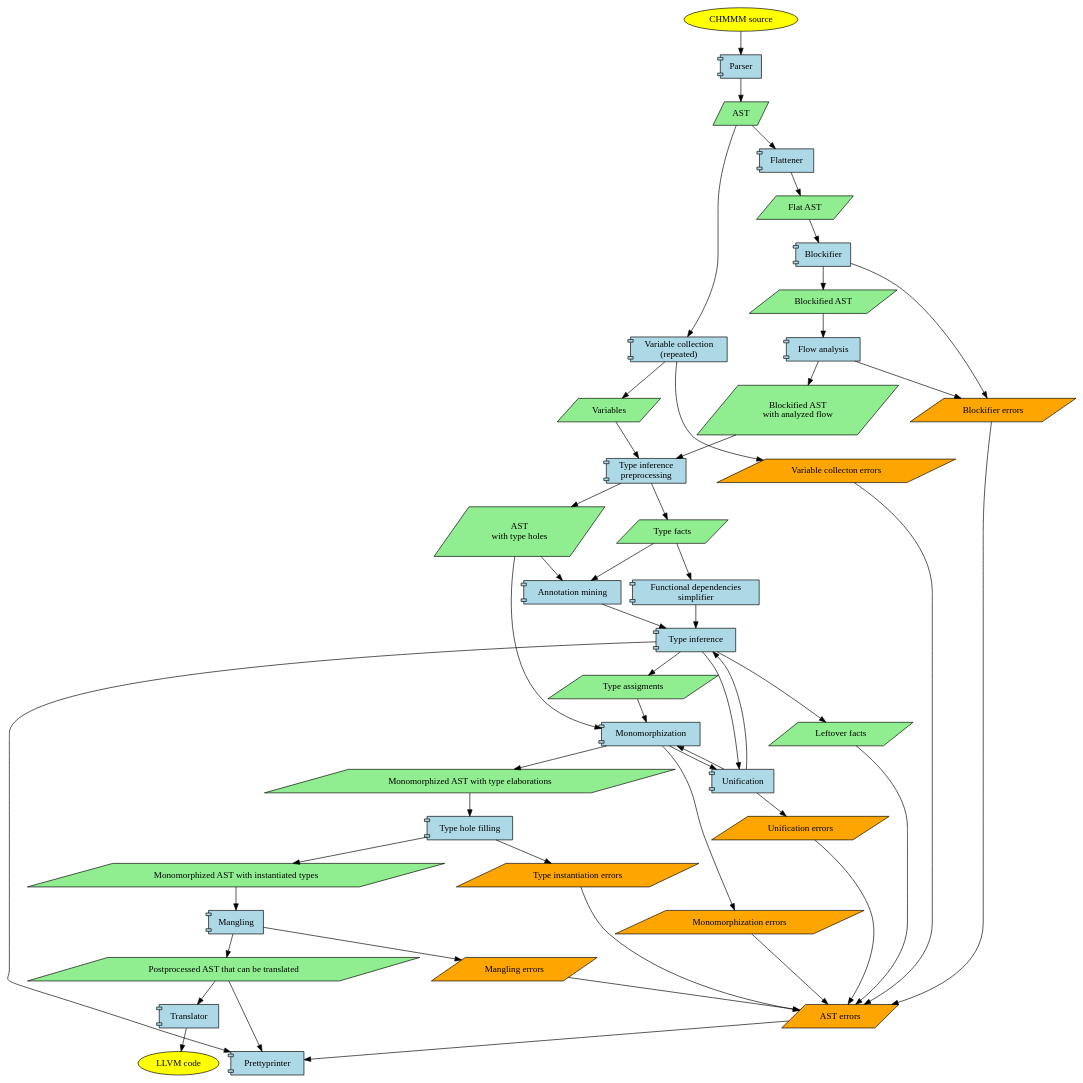
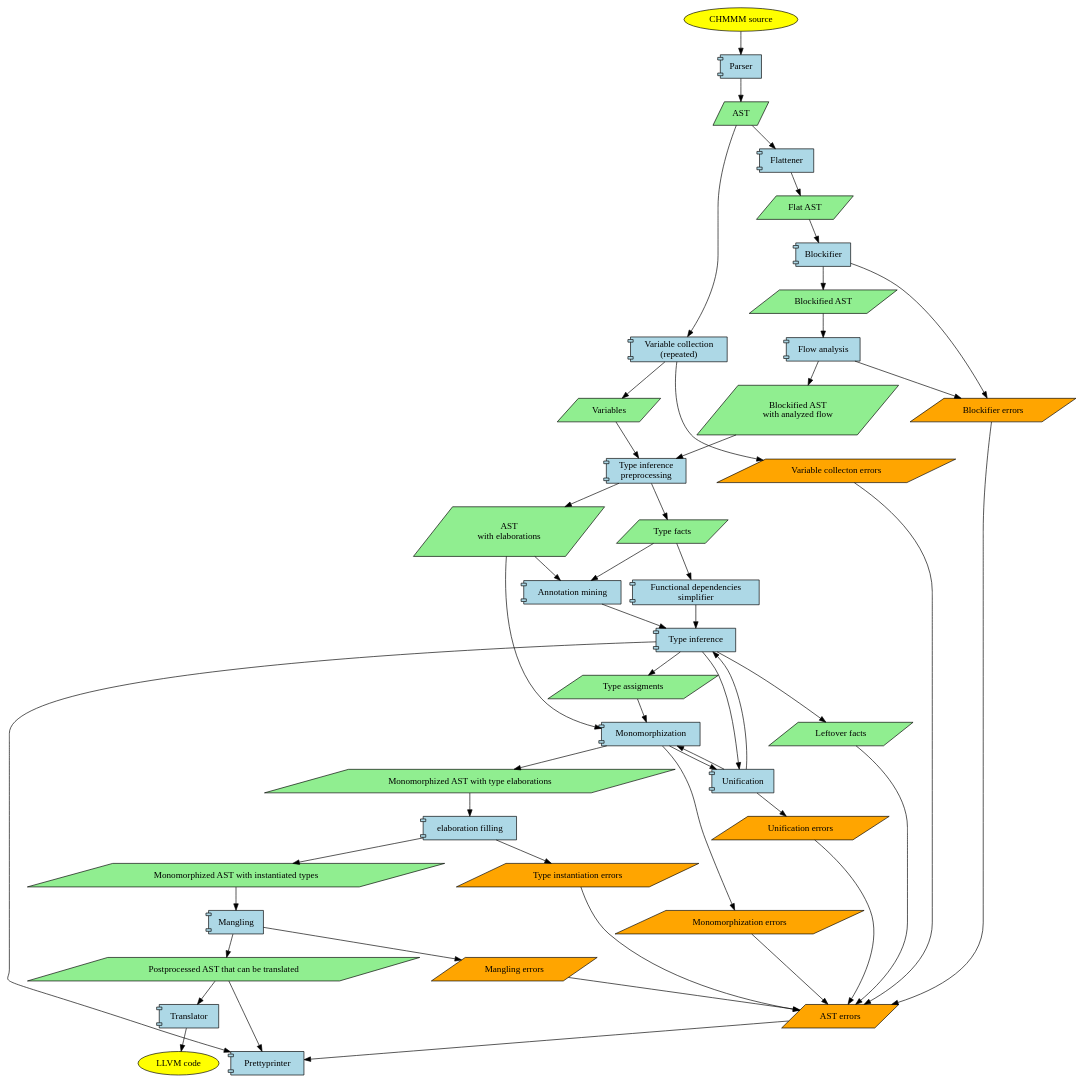
The diagram in dots/arch.dot (jiriklepl/masters-thesis-text), drawn with Graphviz before and after one commit. The commit also changed 3 other files, not shown here.

Commit message:
everything up to type inference

```diff
--- a/dots/arch.dot
+++ b/dots/arch.dot
@@ -1,99 +1,99 @@
 digraph {
     node [style="filled"]
 
     subgraph terminals {
         node [shape="ellipse", fillcolor="yellow"]
 
         Source [label="CHMMM source"]
         LLVM [label="LLVM code"]
     }
 
     subgraph data {
         node [shape="parallelogram"]
 
         subgraph orangeData {
             node [fillcolor="orange"]
 
             ASTErrors [label="AST errors"]
             FillingErrors [label="Type instantiation errors"]
             ManglingErrors [label="Mangling errors"]
             UnifyErrors [label="Unification errors"]
             BlockifierErrors [label="Blockifier errors"]
             MonomorphizeErrors [label="Monomorphization errors"]
             VariablesErrors [label="Variable collecton errors"]
         }
         subgraph greenData {
             node [fillcolor="lightgreen"]
 
             AST
             Facts [label="Type facts"]
             LeftFacts [label="Leftover facts"]
             Variables [label="Variables"]
-            ASTTypeHoles [label="AST\nwith type holes"]
+            ASTTypeElabs [label="AST\nwith elaborations"]
             Judgments [label="Type assigments"]
             FlatAST [label="Flat AST"]
             BlockifiedAST [label="Blockified AST"]
             BlockifiedASTAnnots [label="Blockified AST\nwith analyzed flow"]
             MonoAST [label="Monomorphized AST with type elaborations"]
             FilledMonoAST [label="Monomorphized AST with instantiated types"]
             PostAST [label="Postprocessed AST that can be translated"]
         }
 
     }
 
     subgraph components {
         node [shape="component"]
 
         subgraph greenComponents {
             node [fillcolor="lightblue"]
 
             FunDepSimpl [label="Functional dependencies\nsimplifier"]
             AnnotMining  [label="Annotation mining"]
             Parser
             Flattener
             Unification
             Prettyprinter
             Preprocess [label="Type inference\npreprocessing"]
             VariableMining [label="Variable collection\n(repeated)"]
             Blockifier
             FlowAnalysis [label="Flow analysis"]
             Inference [label="Type inference"]
             Monomorphization
-            HoleFilling [label="Type hole filling"]
+            ElabFilling [label="elaboration filling"]
             Mangling
             Translator
         }
 
         subgraph yellowComponents {
             node [fillcolor="yellow"]
 
         }
 
     }
 
     subgraph decisions {
         node [shape="diamond"]
     }
 
 
     Source -> Parser -> AST
     AST -> Flattener -> FlatAST
     VariableMining -> VariablesErrors
     AST -> VariableMining -> Variables -> Preprocess
     Facts -> { FunDepSimpl AnnotMining }
-    ASTTypeHoles -> AnnotMining
-    ASTTypeHoles -> Monomorphization
-    { FunDepSimpl AnnotMining } -> Inference -> Judgments -> Monomorphization -> MonoAST -> HoleFilling -> FilledMonoAST -> Mangling -> PostAST -> Prettyprinter
-    HoleFilling -> FillingErrors
+    ASTTypeElabs -> AnnotMining
+    ASTTypeElabs -> Monomorphization
+    { FunDepSimpl AnnotMining } -> Inference -> Judgments -> Monomorphization -> MonoAST -> ElabFilling -> FilledMonoAST -> Mangling -> PostAST -> Prettyprinter
+    ElabFilling -> FillingErrors
     Mangling -> ManglingErrors
     { Inference Monomorphization } -> Unification
     FlatAST -> Blockifier -> {BlockifiedAST BlockifierErrors }
     BlockifiedAST -> FlowAnalysis -> BlockifiedASTAnnots
     FlowAnalysis -> BlockifierErrors
     Unification -> { UnifyErrors Monomorphization Inference }
-    BlockifiedASTAnnots -> Preprocess -> { Facts ASTTypeHoles }
+    BlockifiedASTAnnots -> Preprocess -> { Facts ASTTypeElabs }
     Monomorphization -> MonomorphizeErrors
     { FillingErrors ManglingErrors UnifyErrors BlockifierErrors MonomorphizeErrors VariablesErrors LeftFacts } -> ASTErrors -> Prettyprinter
     Inference -> { Prettyprinter LeftFacts }
     PostAST -> Translator -> LLVM
 }
```
